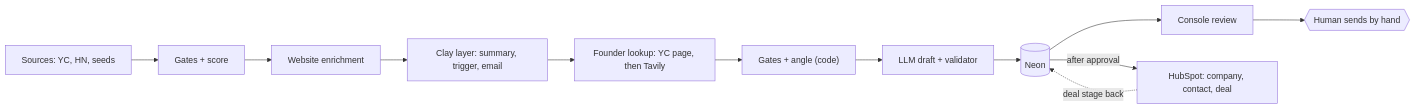
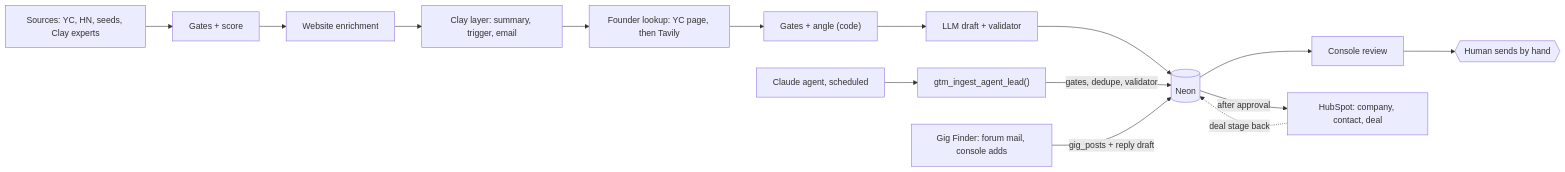
The diagram in README.md (mohamedlandolsi/personal-gtm-engine), drawn with Mermaid before and after one commit. The commit also changed other lines of this file and 7 other files, not shown here.

Commit message:
Sprint 15 to 18 sync: README, ADR-145, S16 schema block, architecture

````diff
--- a/README.md
+++ b/README.md
@@ -23,14 +28,17 @@
 ```mermaid
 flowchart LR
-    A["Sources: YC, HN, seeds"] --> B["Gates + score"]
+    A["Sources: YC, HN, seeds, Clay experts"] --> B["Gates + score"]
     B --> C["Website enrichment"]
     C --> D["Clay layer: summary, trigger, email"]
     D --> E["Founder lookup: YC page, then Tavily"]
     E --> X["Gates + angle (code)"]
     X --> F["LLM draft + validator"]
     F --> G[("Neon")]
     G --> H["Console review"]
     H --> I{{"Human sends by hand"}}
     G -- "after approval" --> J["HubSpot: company, contact, deal"]
     J -. "deal stage back" .-> G
+    K["Claude agent, scheduled"] --> L["gtm_ingest_agent_lead()"]
+    L -- "gates, dedupe, validator" --> G
+    M["Gig Finder: forum mail, console adds"] -- "gig_posts + reply draft" --> G
 ```
````
